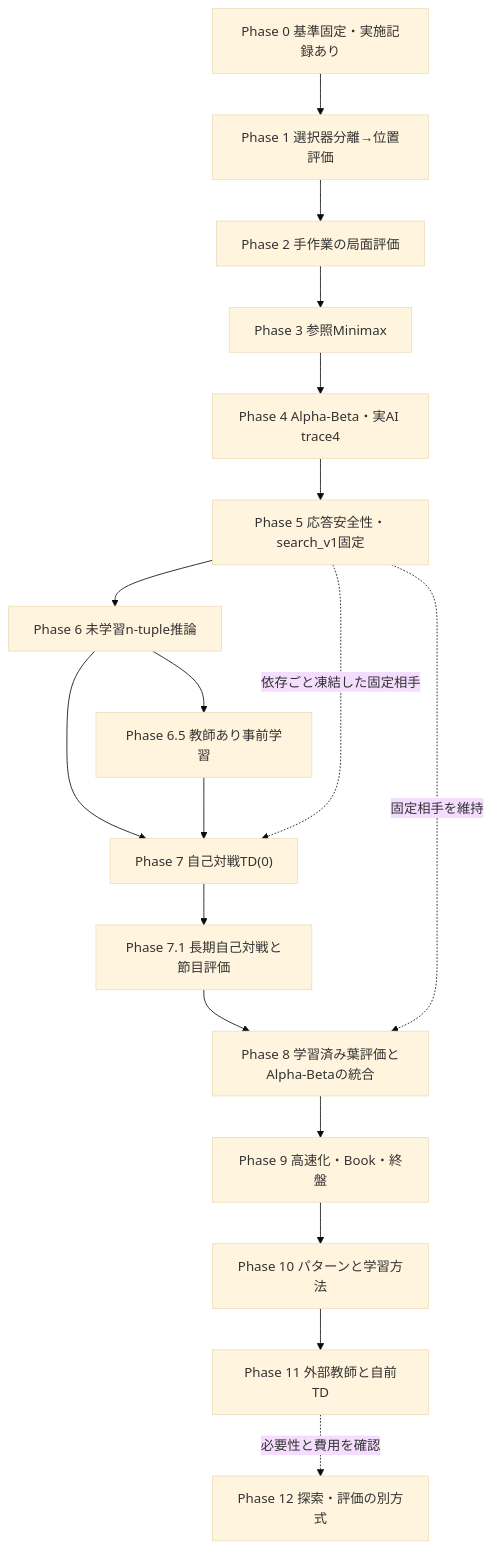
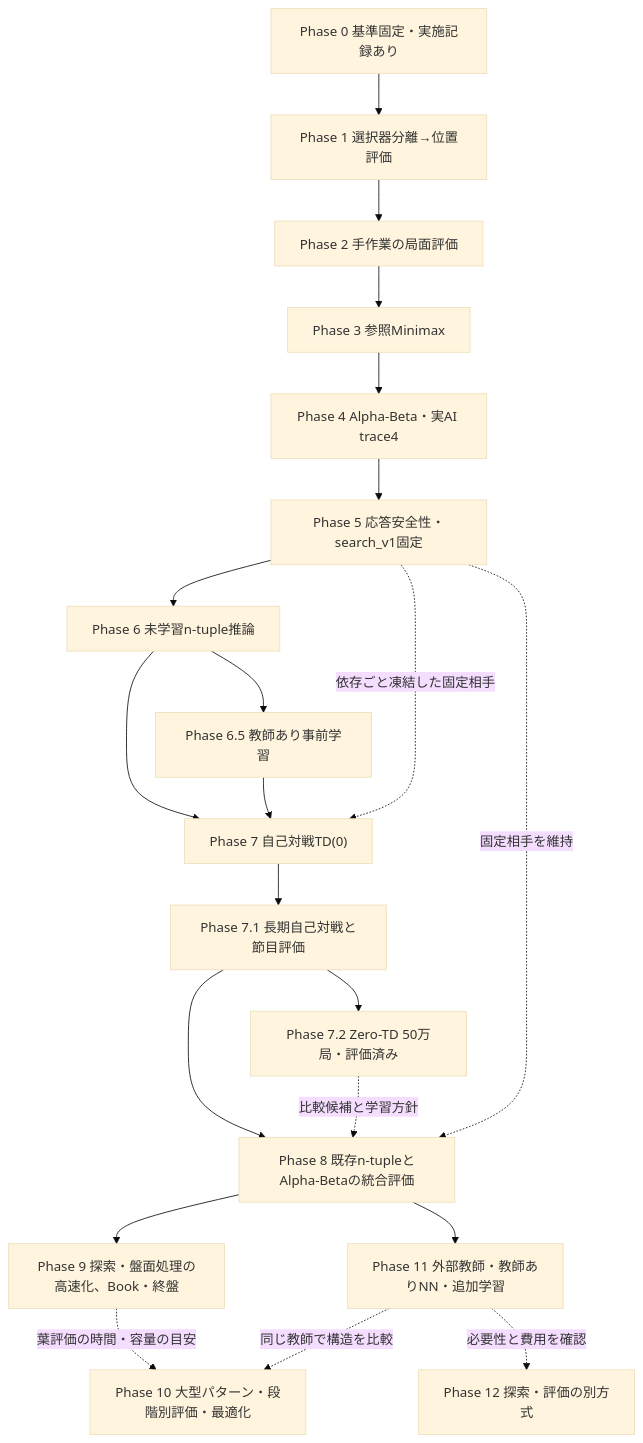
One commit to nonnhjleno/reversi-ai changed the diagram in docs/リバーシAI段階開発・評価設計書.md. Above: the diagram before and after it, drawn with Mermaid (base theme). The commit also changed other lines of this file and 2 other files, not shown here.

Commit message:
Phase 7.2の確定結果とNN学習方針を設計書に反映する

````diff
--- a/docs/リバーシAI段階開発・評価設計書.md
+++ b/docs/リバーシAI段階開発・評価設計書.md
@@ -153,20 +154,23 @@
 ```mermaid
 flowchart TD
     P0["Phase 0 基準固定・実施記録あり"] --> P1["Phase 1 選択器分離→位置評価"]
     P1 --> P2["Phase 2 手作業の局面評価"]
     P2 --> P3["Phase 3 参照Minimax"]
     P3 --> P4["Phase 4 Alpha-Beta・実AI trace4"]
     P4 --> P5["Phase 5 応答安全性・search_v1固定"]
     P5 --> P6["Phase 6 未学習n-tuple推論"]
     P6 --> PS["Phase 6.5 教師あり事前学習"]
     P6 --> P7["Phase 7 自己対戦TD(0)"]
     PS --> P7
     P7 --> PL["Phase 7.1 長期自己対戦と節目評価"]
-    PL --> P8["Phase 8 学習済み葉評価とAlpha-Betaの統合"]
-    P8 --> P9["Phase 9 高速化・Book・終盤"]
-    P9 --> P10["Phase 10 パターンと学習方法"]
-    P10 --> P11["Phase 11 外部教師と自前TD"]
+    PL --> P72["Phase 7.2 Zero-TD 50万局・評価済み"]
+    PL --> P8["Phase 8 既存n-tupleとAlpha-Betaの統合評価"]
+    P72 -. "比較候補と学習方針" .-> P8
+    P8 --> P9["Phase 9 探索・盤面処理の高速化、Book・終盤"]
+    P8 --> P11["Phase 11 外部教師・教師ありNN・追加学習"]
+    P9 -. "葉評価の時間・容量の目安" .-> P10["Phase 10 大型パターン・段階別評価・最適化"]
+    P11 -. "同じ教師で構造を比較" .-> P10
     P11 -. "必要性と費用を確認" .-> P12["Phase 12 探索・評価の別方式"]
     P5 -. "依存ごと凍結した固定相手" .-> P7
     P5 -. "固定相手を維持" .-> P8
 ```
````
